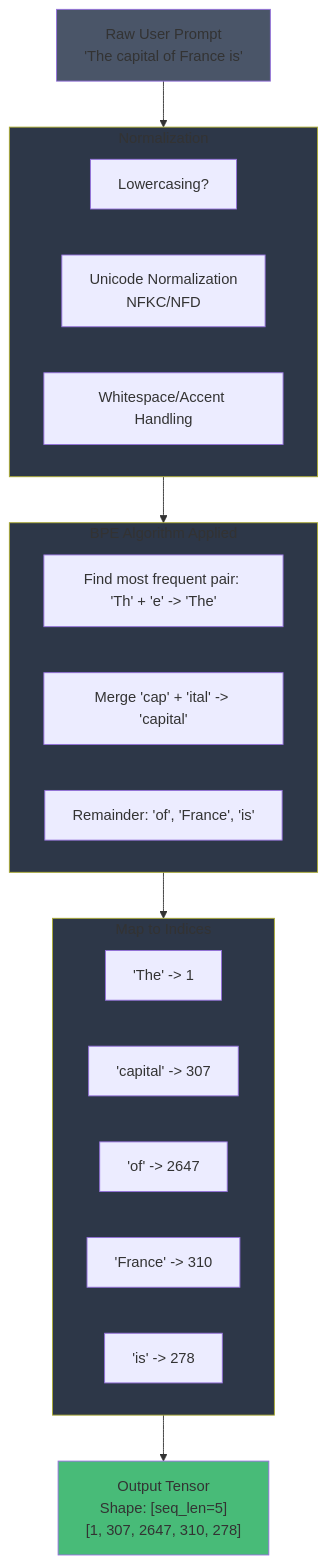
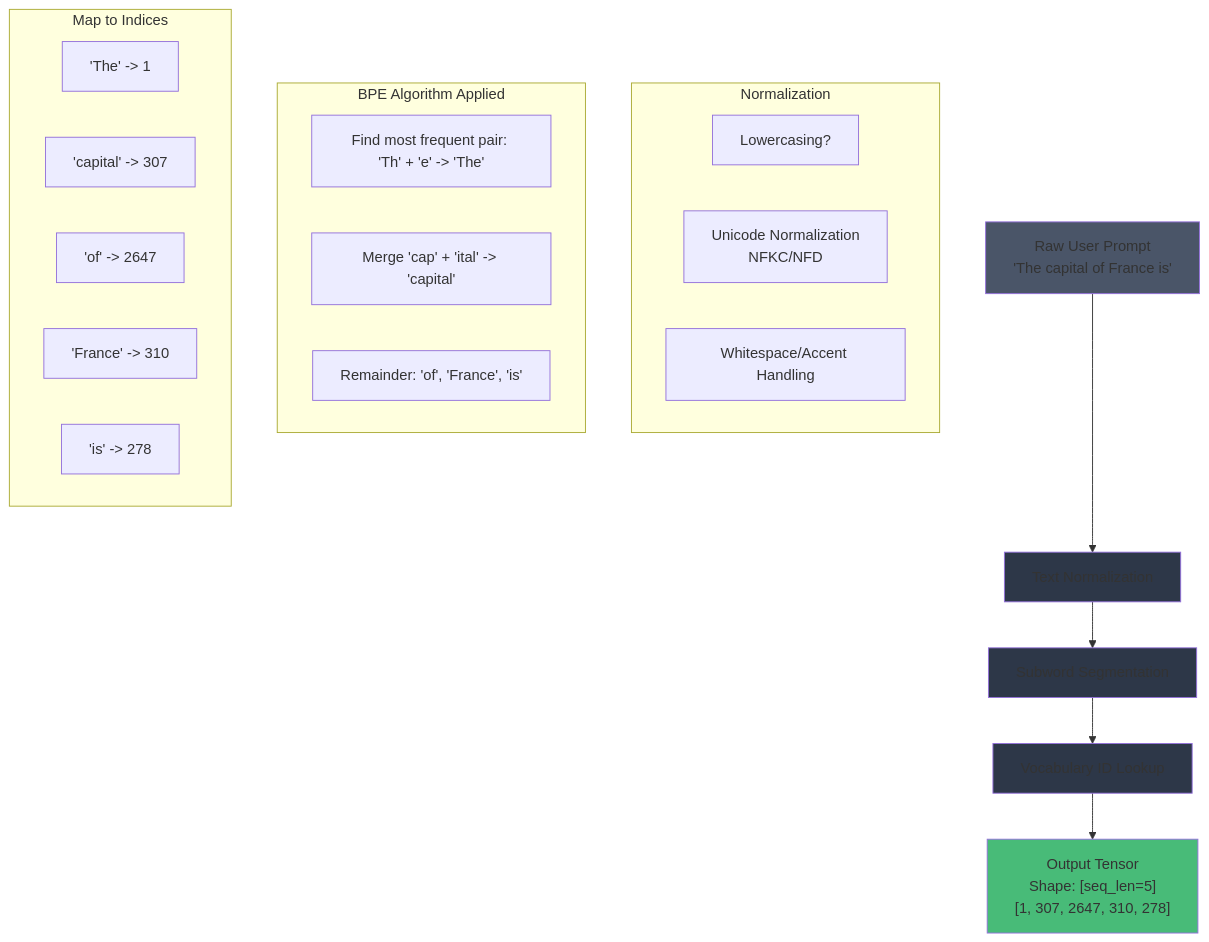
The first of 5 diagrams in lab0.1/README.md (Shahriarin2garden/vllm_from_scratch), drawn with Mermaid before and after one commit. The commit also changed other lines of this file, not shown here.

Commit message:
Refactor flowchart nodes in README for improved clarity and consistency

````diff
--- a/lab0.1/README.md
+++ b/lab0.1/README.md
@@ -26,35 +26,35 @@
 ```mermaid
 flowchart TD
-    A["Raw User Prompt<br/>'The capital of France is'"] --> B[Text Normalization];
-    B --> C[Subword Segmentation];
-    C --> D[Vocabulary ID Lookup];
+    A["Raw User Prompt<br/>'The capital of France is'"] --> B_Node[Text Normalization];
+    B_Node --> C_Node[Subword Segmentation];
+    C_Node --> D_Node[Vocabulary ID Lookup];
 
-    subgraph B [Normalization]
+    subgraph B_Subgraph [Normalization]
         B1[Lowercasing?]
         B2[Unicode Normalization<br/>NFKC/NFD]
         B3[Whitespace/Accent Handling]
     end
 
-    subgraph C [BPE Algorithm Applied]
+    subgraph C_Subgraph [BPE Algorithm Applied]
         C1["Find most frequent pair: 'Th' + 'e' -> 'The'"]
         C2["Merge 'cap' + 'ital' -> 'capital'"]
         C3["Remainder: 'of', 'France', 'is'"]
     end
 
-    subgraph D [Map to Indices]
+    subgraph D_Subgraph [Map to Indices]
         D1["'The' -> 1"]
         D2["'capital' -> 307"]
         D3["'of' -> 2647"]
         D4["'France' -> 310"]
         D5["'is' -> 278"]
     end
 
-    D --> E["Output Tensor<br/>Shape: [seq_len=5]<br/>[1, 307, 2647, 310, 278]"];
+    D_Node --> E["Output Tensor<br/>Shape: [seq_len=5]<br/>[1, 307, 2647, 310, 278]"];
 
     style A fill:#4a5568
-    style B fill:#2d3748
-    style C fill:#2d3748
-    style D fill:#2d3748
+    style B_Node fill:#2d3748
+    style C_Node fill:#2d3748
+    style D_Node fill:#2d3748
     style E fill:#48bb78
 
 ```
````
